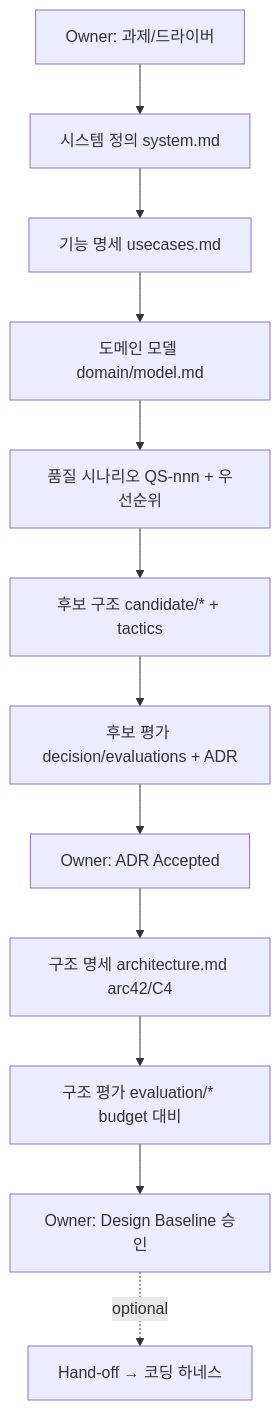
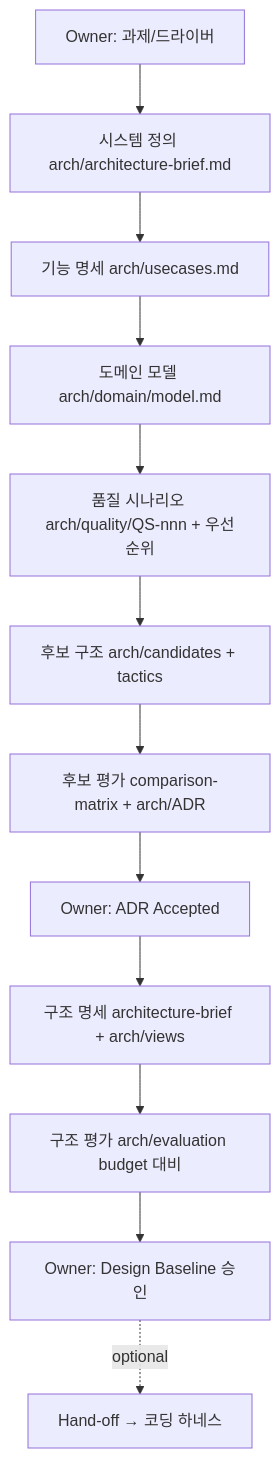
Before and after one commit to simpsonys/ysda-arch-harness: the diagram in workflow/IO-CONTRACT.md, drawn with Mermaid. The commit also changed other lines of this file and 48 other files, not shown here.

````diff
--- a/workflow/IO-CONTRACT.md
+++ b/workflow/IO-CONTRACT.md
@@ -5,14 +5,14 @@
 ```mermaid
 flowchart TD
-  A[Owner: 과제/드라이버] --> B[시스템 정의 system.md]
-  B --> C[기능 명세 usecases.md]
-  C --> D[도메인 모델 domain/model.md]
-  D --> E[품질 시나리오 QS-nnn + 우선순위]
-  E --> F[후보 구조 candidate/* + tactics]
-  F --> G[후보 평가 decision/evaluations + ADR]
+  A[Owner: 과제/드라이버] --> B[시스템 정의 arch/architecture-brief.md]
+  B --> C[기능 명세 arch/usecases.md]
+  C --> D[도메인 모델 arch/domain/model.md]
+  D --> E[품질 시나리오 arch/quality/QS-nnn + 우선순위]
+  E --> F[후보 구조 arch/candidates + tactics]
+  F --> G[후보 평가 comparison-matrix + arch/ADR]
   G --> H[Owner: ADR Accepted]
-  H --> I[구조 명세 architecture.md arc42/C4]
-  I --> J[구조 평가 evaluation/* budget 대비]
+  H --> I[구조 명세 architecture-brief + arch/views]
+  I --> J[구조 평가 arch/evaluation budget 대비]
   J --> K[Owner: Design Baseline 승인]
   K -.optional.-> L[Hand-off → 코딩 하네스]
 ```
````
